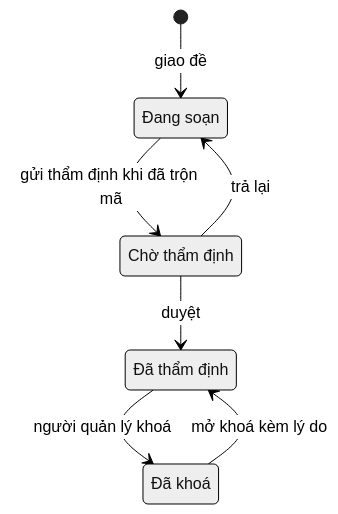
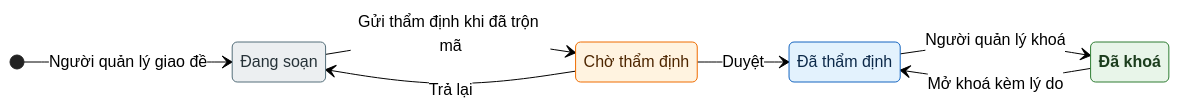
Diagram 15 of 17 in tai_lieu/34_TONG_HOP_CHUC_NANG_HE_THONG/03_DAY_HOC_VA_KIEM_TRA_DANH_GIA.md (luckyshopvn/school_management), drawn with Mermaid (neutral theme) before and after one commit. The commit also changed other lines of this file and 8 other files, not shown here.

First line of the commit message:
Tài liệu 34: vẽ lại toàn bộ sơ đồ cho trực quan, thêm bản PDF gộp

````diff
--- a/tai_lieu/34_TONG_HOP_CHUC_NANG_HE_THONG/03_DAY_HOC_VA_KIEM_TRA_DANH_GIA.md
+++ b/tai_lieu/34_TONG_HOP_CHUC_NANG_HE_THONG/03_DAY_HOC_VA_KIEM_TRA_DANH_GIA.md
@@ -596,13 +1024,26 @@
 ```mermaid
 stateDiagram-v2
-    state "Đang soạn" as draft
-    state "Chờ thẩm định" as submitted
-    state "Đã thẩm định" as approved
-    state "Đã khoá" as locked
-    [*] --> draft : giao đề
-    draft --> submitted : gửi thẩm định khi đã trộn mã
-    submitted --> approved : duyệt
-    submitted --> draft : trả lại
-    approved --> locked : người quản lý khoá
-    locked --> approved : mở khoá kèm lý do
+  direction LR
+  classDef nhap fill:#eceff1,stroke:#546e7a,color:#263238
+  classDef cho fill:#fff3e0,stroke:#ef6c00,color:#4e2600
+  classDef dang fill:#e3f2fd,stroke:#1565c0,color:#0d2a4a
+  classDef xong fill:#e8f5e9,stroke:#2e7d32,color:#1b3d1d,font-weight:bold
+  classDef huy fill:#ffebee,stroke:#c62828,color:#5f0000
+
+  state "Đang soạn" as draft
+  state "Chờ thẩm định" as submitted
+  state "Đã thẩm định" as approved
+  state "Đã khoá" as locked
+
+  [*] --> draft : Người quản lý giao đề
+  draft --> submitted : Gửi thẩm định khi đã trộn mã
+  submitted --> approved : Duyệt
+  submitted --> draft : Trả lại
+  approved --> locked : Người quản lý khoá
+  locked --> approved : Mở khoá kèm lý do
+
+  class draft nhap
+  class submitted cho
+  class approved dang
+  class locked xong
 ```
````
